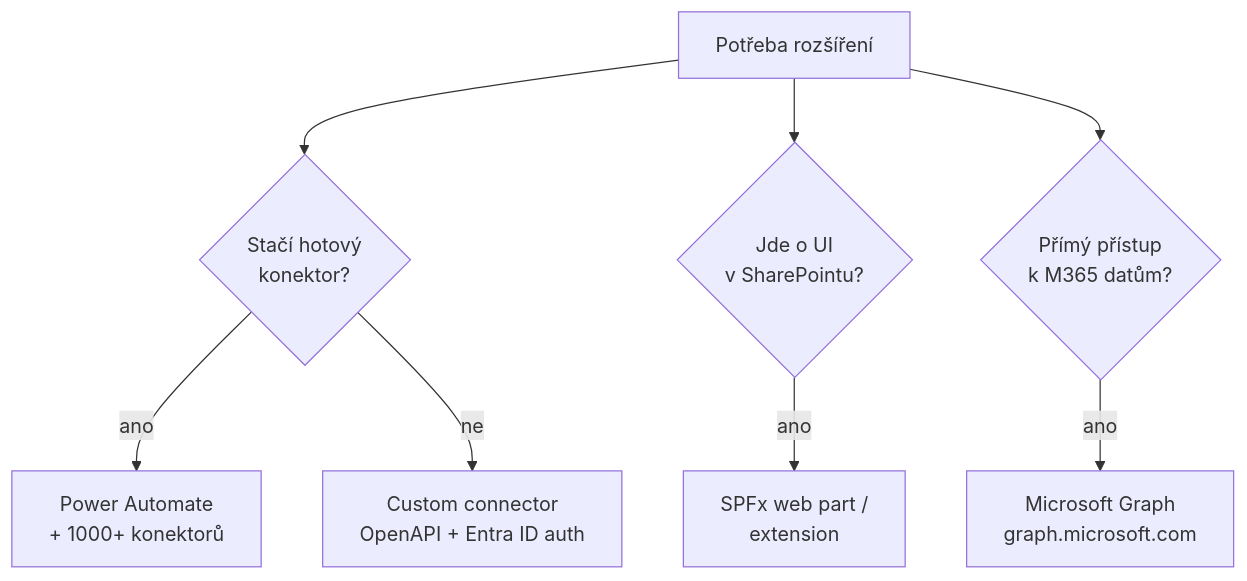
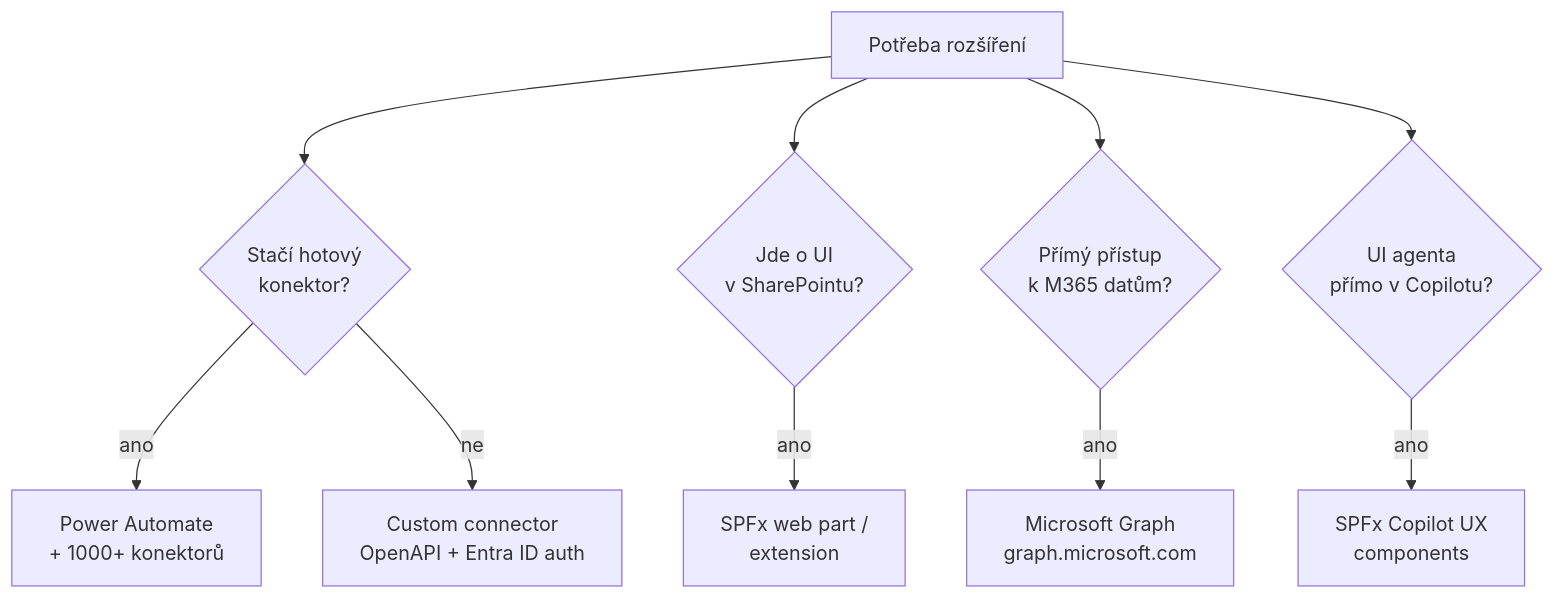
One commit to MalasekPetr/gopas-goc224 changed the diagram in day-3/procode-vs-lowcode/README.md. Above: the diagram before and after it, drawn with Mermaid. The commit also changed other lines of this file and 60 other files, not shown here.

````diff
--- a/day-3/procode-vs-lowcode/README.md
+++ b/day-3/procode-vs-lowcode/README.md
@@ -16,10 +16,12 @@
 ```mermaid
 flowchart TB
   Need[Potřeba rozšíření] --> LC{Stačí hotový<br>konektor?}
   LC -->|ano| PA[Power Automate<br>+ 1000+ konektorů]
   LC -->|ne| CC[Custom connector<br>OpenAPI + Entra ID auth]
   Need --> UI{Jde o UI<br>v SharePointu?}
   UI -->|ano| SPFx[SPFx web part /<br>extension]
   Need --> Data{Přímý přístup<br>k M365 datům?}
   Data -->|ano| Graph[Microsoft Graph<br>graph.microsoft.com]
+  Need --> CUI{UI agenta<br>přímo v Copilotu?}
+  CUI -->|ano| CUX[SPFx Copilot UX<br>components]
 ```
````
